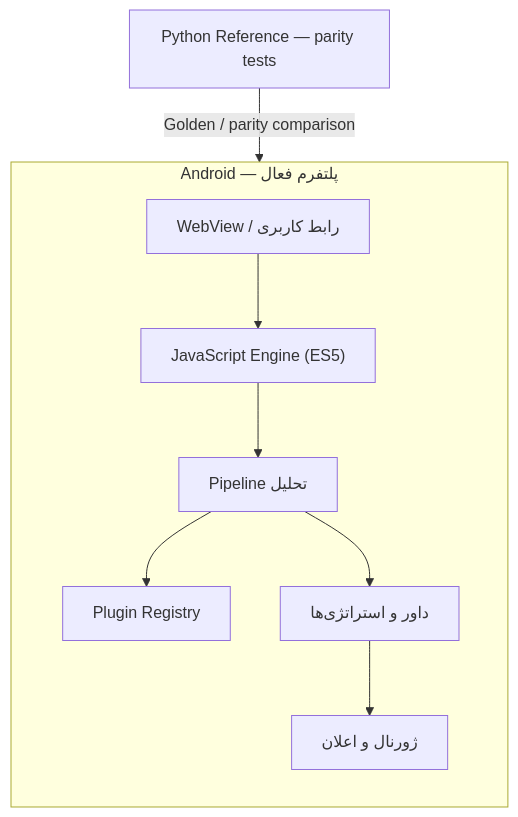
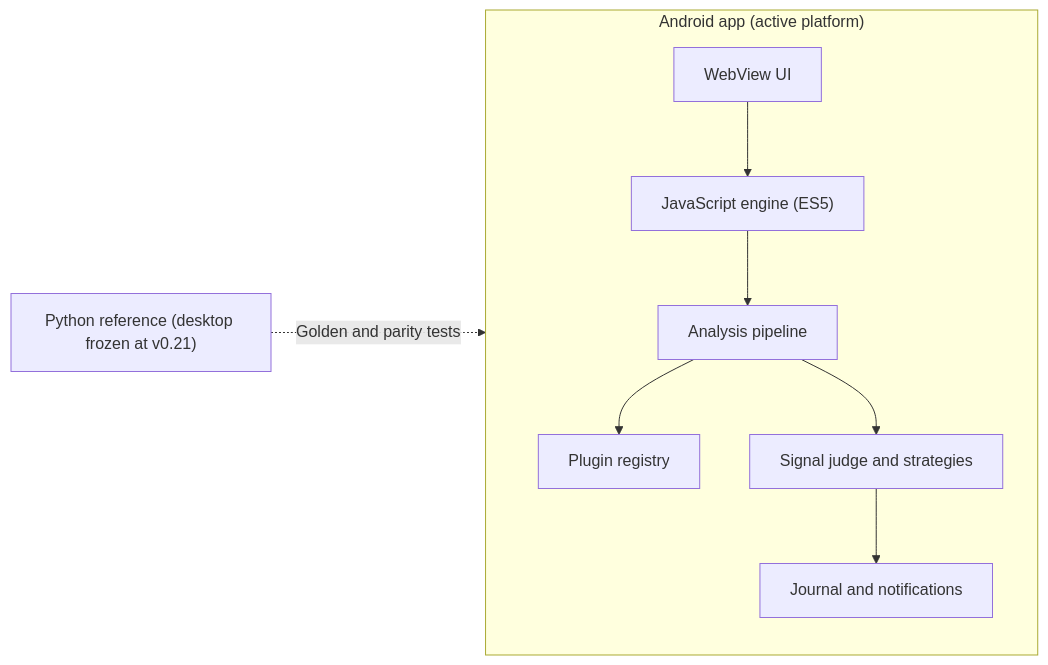
The third of 3 diagrams in README.md (Suushian/Odin-Assistant), drawn with Mermaid before and after one commit. The commit also changed other lines of this file, not shown here.

Commit message:
docs: fix RTL header and simplify Mermaid diagrams

````diff
--- a/README.md
+++ b/README.md
@@ -219,17 +214,17 @@
 ```mermaid
-flowchart TB
-    subgraph ANDROID["Android — پلتفرم فعال"]
+flowchart LR
+    subgraph AndroidApp["Android app (active platform)"]
         direction TB
-        UI["WebView / رابط کاربری"]
-        JS["JavaScript Engine (ES5)"]
-        PIPE["Pipeline تحلیل"]
-        PLUG["Plugin Registry"]
-        JUDGE["داور و استراتژی‌ها"]
-        JOURNAL["ژورنال و اعلان"]
+        UI["WebView UI"]
+        JS["JavaScript engine (ES5)"]
+        PIPE["Analysis pipeline"]
+        PLUG["Plugin registry"]
+        JUDGE["Signal judge and strategies"]
+        JOURNAL["Journal and notifications"]
         UI --> JS --> PIPE
         PIPE --> PLUG
         PIPE --> JUDGE --> JOURNAL
     end
-    PY["Python Reference — parity tests"]
-    PY -->|"Golden / parity comparison"| JS
+    PY["Python reference (desktop frozen at v0.21)"]
+    PY -. "Golden and parity tests" .-> JS
 ```
````
